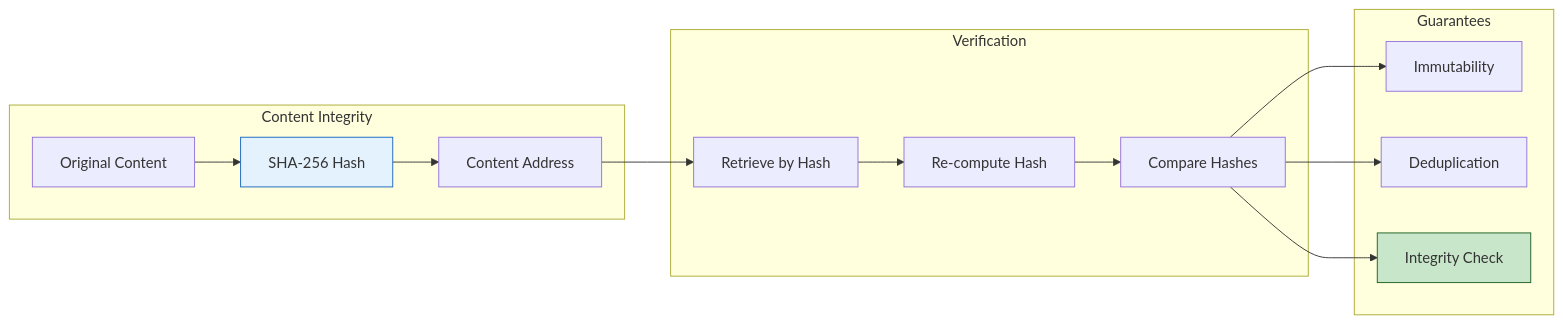
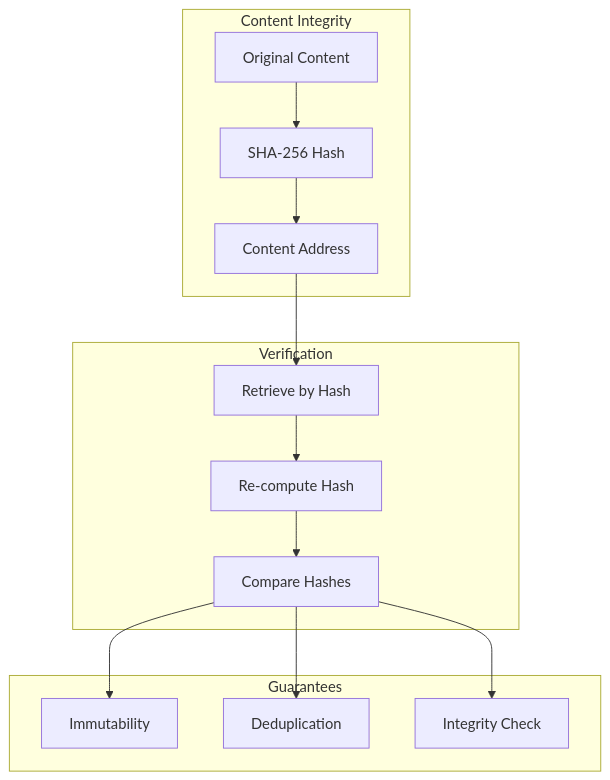
Before and after one commit to o2alexanderfedin/angular-cas-disot: the sixth of 14 diagrams in docs/architecture/security.md, drawn with Mermaid. The commit also changed other lines of this file and 18 other files, not shown here.

````diff
--- a/docs/architecture/security.md
+++ b/docs/architecture/security.md
@@ -199,33 +196,30 @@
 ```mermaid
-graph LR
+graph TD
     subgraph "Content Integrity"
         CONTENT[Original Content]
         HASH[SHA-256 Hash]
         ADDRESS[Content Address]
     end
     
     subgraph "Verification"
         RETRIEVE[Retrieve by Hash]
         REHASH[Re-compute Hash]
         COMPARE[Compare Hashes]
     end
     
     subgraph "Guarantees"
         IMMUTABLE[Immutability]
         DEDUP[Deduplication]
         INTEGRITY[Integrity Check]
     end
     
     CONTENT --> HASH
     HASH --> ADDRESS
     ADDRESS --> RETRIEVE
     RETRIEVE --> REHASH
     REHASH --> COMPARE
     
     COMPARE --> IMMUTABLE
     COMPARE --> DEDUP
     COMPARE --> INTEGRITY
-    
-    style HASH fill:#e3f2fd,stroke:#1565c0
-    style INTEGRITY fill:#c8e6c9,stroke:#1b5e20
 ```
````
